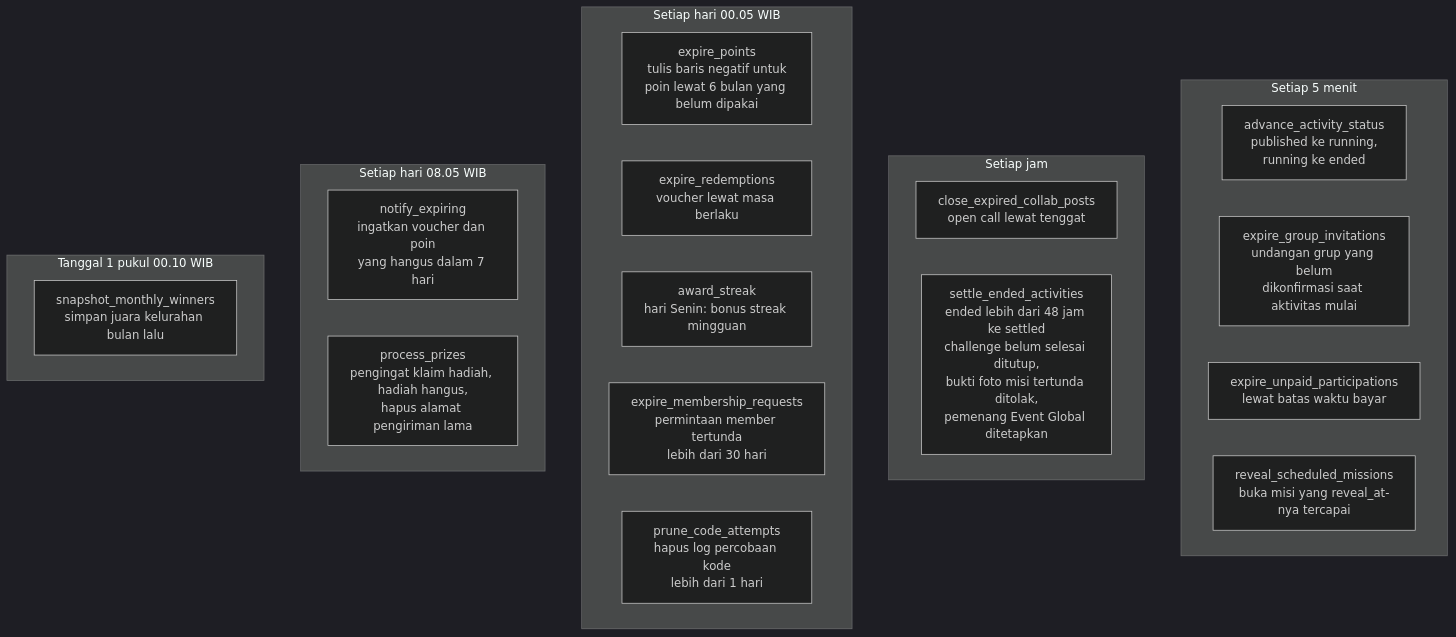
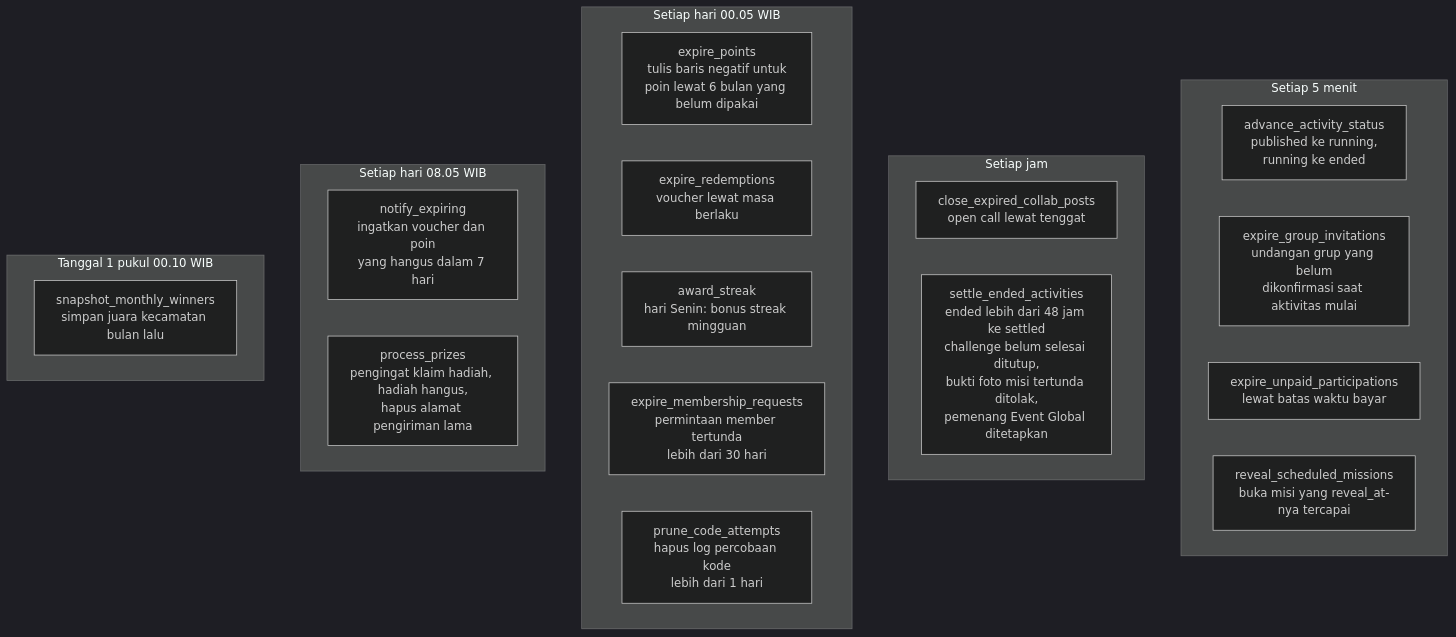
Diagram 25 of 30 in docs/ALUR-SISTEM.md (mirwanma/gasyu), drawn with Mermaid (dark theme) before and after one commit. The commit also changed other lines of this file and 3 other files, not shown here.

````diff
--- a/docs/ALUR-SISTEM.md
+++ b/docs/ALUR-SISTEM.md
@@ -1060,27 +1076,27 @@
 ```mermaid
 flowchart TB
     subgraph T5["Setiap 5 menit"]
         J1[advance_activity_status<br/>published ke running,<br/>running ke ended]
         J2[expire_group_invitations<br/>undangan grup yang belum<br/>dikonfirmasi saat aktivitas mulai]
         J10[expire_unpaid_participations<br/>lewat batas waktu bayar]
         J12[reveal_scheduled_missions<br/>buka misi yang reveal_at-nya tercapai]
     end
     subgraph TH["Setiap jam"]
         J3[close_expired_collab_posts<br/>open call lewat tenggat]
         J4[settle_ended_activities<br/>ended lebih dari 48 jam ke settled<br/>challenge belum selesai ditutup,<br/>bukti foto misi tertunda ditolak,<br/>pemenang Event Global ditetapkan]
     end
     subgraph TD1["Setiap hari 00.05 WIB"]
         J5[expire_points<br/>tulis baris negatif untuk<br/>poin lewat 6 bulan yang belum dipakai]
         J6[expire_redemptions<br/>voucher lewat masa berlaku]
         J7[award_streak<br/>hari Senin: bonus streak mingguan]
         J9[expire_membership_requests<br/>permintaan member tertunda<br/>lebih dari 30 hari]
         J11[prune_code_attempts<br/>hapus log percobaan kode<br/>lebih dari 1 hari]
     end
     subgraph TD8["Setiap hari 08.05 WIB"]
         J13[notify_expiring<br/>ingatkan voucher dan poin<br/>yang hangus dalam 7 hari]
         J14[process_prizes<br/>pengingat klaim hadiah, hadiah hangus,<br/>hapus alamat pengiriman lama]
     end
     subgraph TM["Tanggal 1 pukul 00.10 WIB"]
-        J8[snapshot_monthly_winners<br/>simpan juara kelurahan bulan lalu]
+        J8[snapshot_monthly_winners<br/>simpan juara kecamatan bulan lalu]
     end
 ```
````
